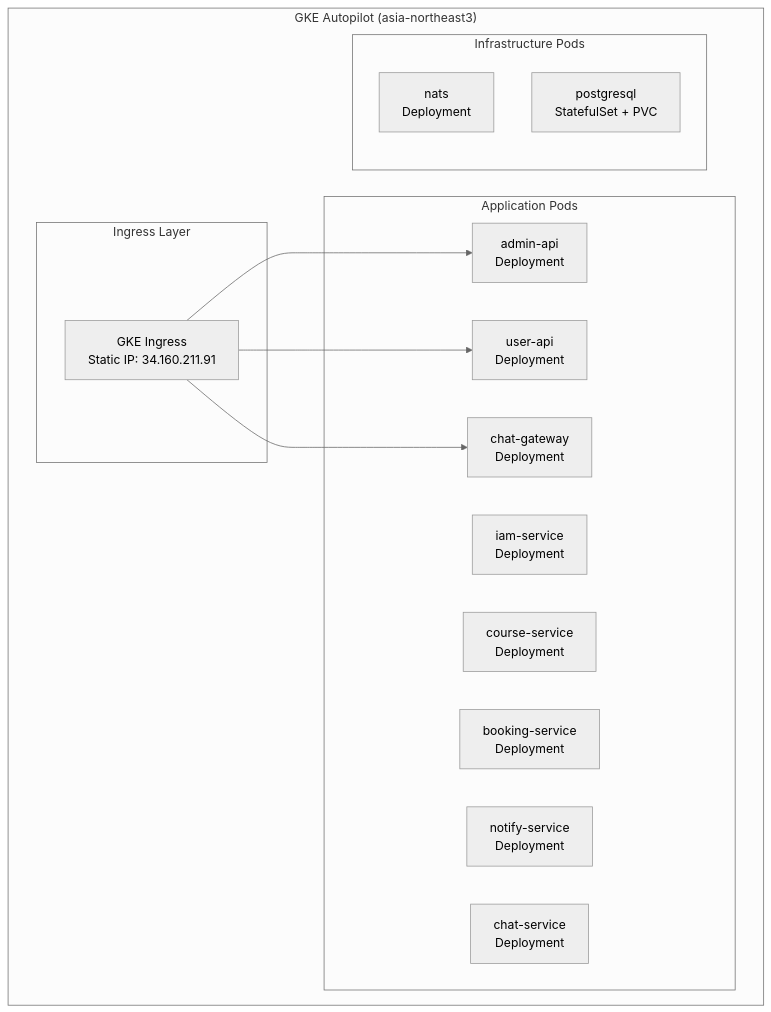
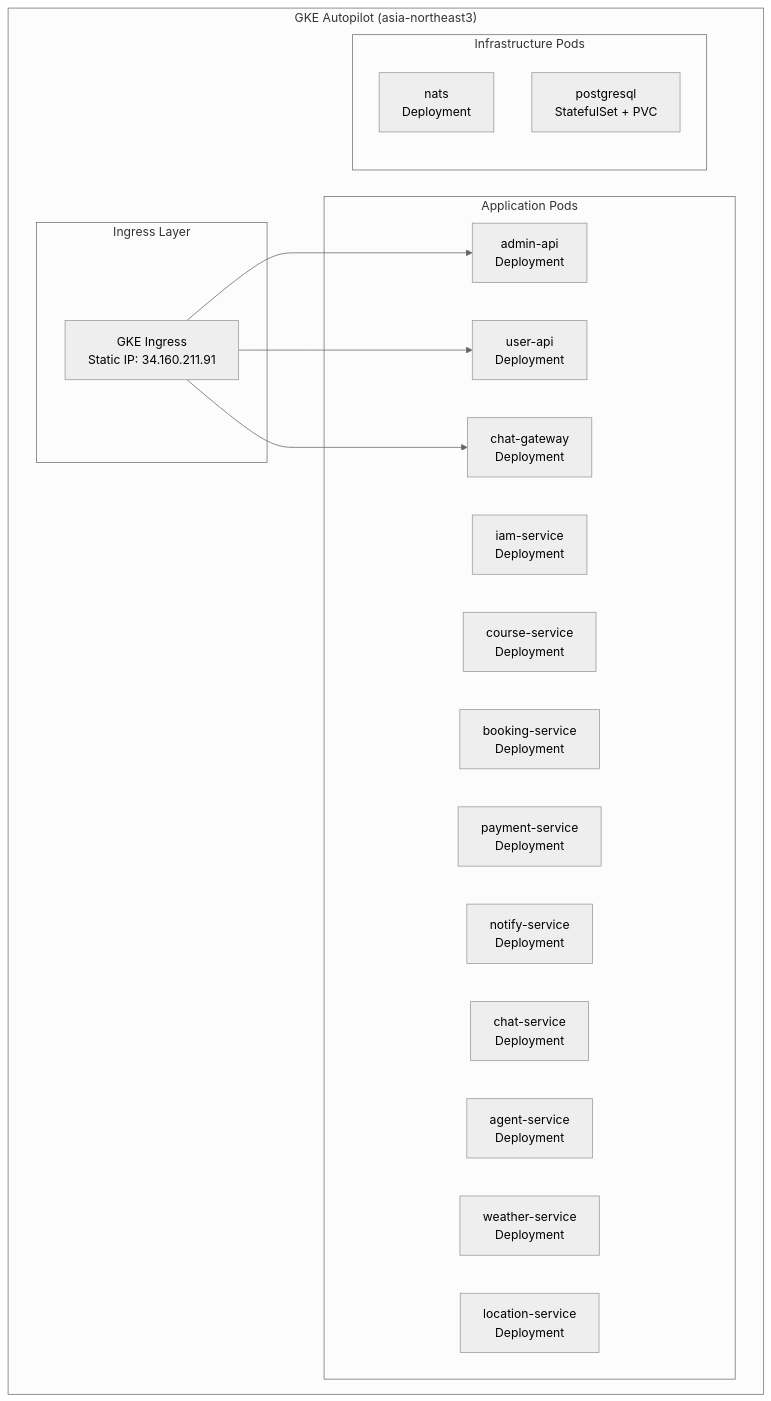
Before and after one commit to uniyous/parkgolf-platform: the seventh of 8 diagrams in docs/ARCHITECTURE.md, drawn with Mermaid (neutral theme). The commit also changed other lines of this file and 2 other files, not shown here.

First line of the commit message:
docs: ARCHITECTURE, GCP_INFRASTRUCTURE, CICD_GUIDE 문서 현행화

````diff
--- a/docs/ARCHITECTURE.md
+++ b/docs/ARCHITECTURE.md
@@ -903,28 +1010,32 @@
 ```mermaid
 graph TD
     subgraph "GKE Autopilot (asia-northeast3)"
         subgraph "Ingress Layer"
             ING[GKE Ingress<br/>Static IP: 34.160.211.91]
         end
 
         subgraph "Application Pods"
             AAPI[admin-api<br/>Deployment]
             UAPI[user-api<br/>Deployment]
             CHATGW[chat-gateway<br/>Deployment]
             IAM[iam-service<br/>Deployment]
             COURSE[course-service<br/>Deployment]
             BOOK[booking-service<br/>Deployment]
+            PAY[payment-service<br/>Deployment]
             NOTIFY[notify-service<br/>Deployment]
             CHAT[chat-service<br/>Deployment]
+            AGENT[agent-service<br/>Deployment]
+            WEATHER[weather-service<br/>Deployment]
+            LOCATION[location-service<br/>Deployment]
         end
 
         subgraph "Infrastructure Pods"
             NATS[nats<br/>Deployment]
             PG[postgresql<br/>StatefulSet + PVC]
         end
     end
 
     ING --> AAPI
     ING --> UAPI
     ING --> CHATGW
 ```
````
